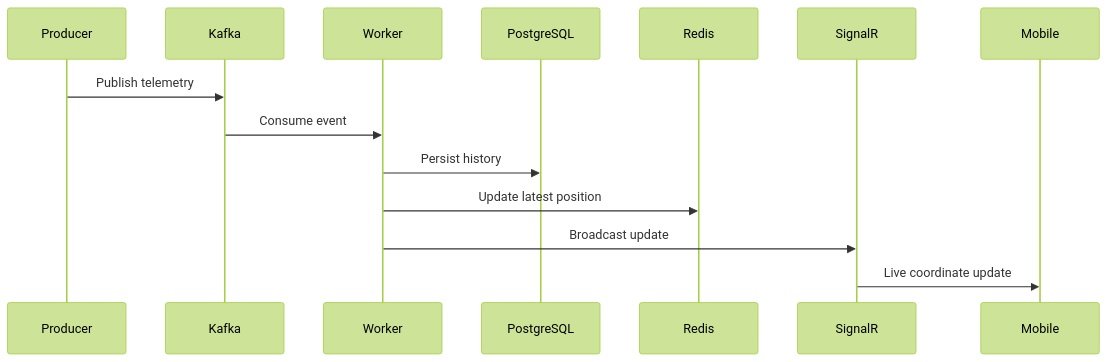
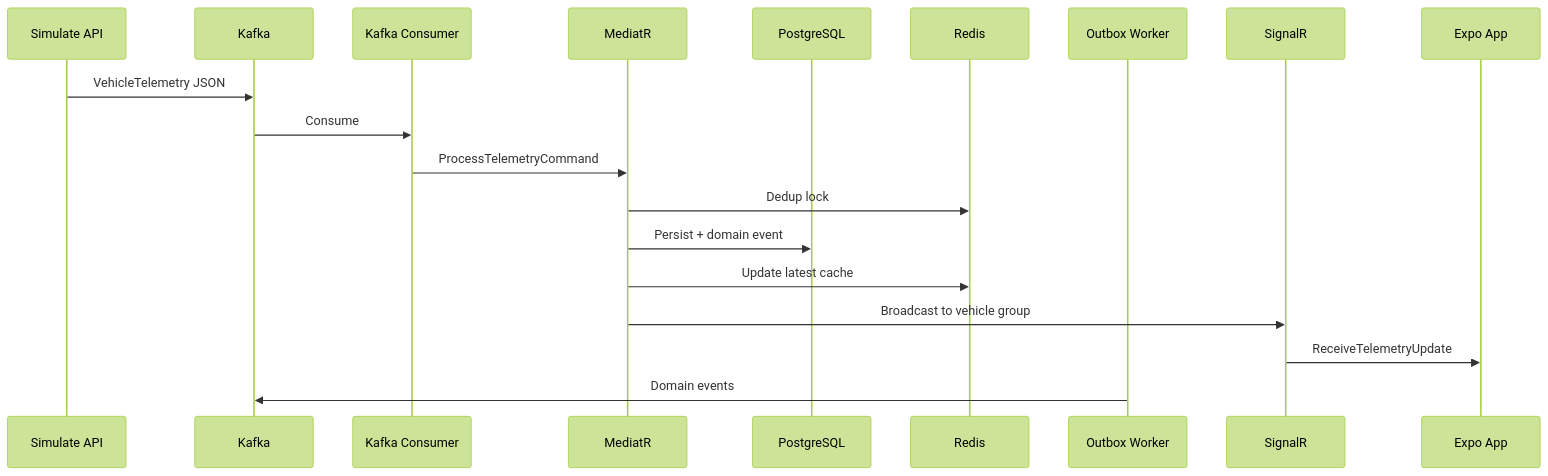
Before and after one commit to BogdanVladevski/OmniOps: the second of 2 diagrams in README.md, drawn with Mermaid (forest theme). The commit also changed other lines of this file and 90 other files, not shown here.

First line of the commit message:
Production hardening: Clean Architecture, tests, JWT, resilience, and docs (#1)

````diff
--- a/README.md
+++ b/README.md
@@ -47,17 +38,22 @@
 ```mermaid
 sequenceDiagram
-participant Producer
-participant Kafka
-participant Worker
-participant PostgreSQL
-participant Redis
-participant SignalR
-participant Mobile
+    participant API as Simulate API
+    participant Kafka as Kafka
+    participant Worker as Kafka Consumer
+    participant App as MediatR
+    participant DB as PostgreSQL
+    participant Redis as Redis
+    participant Outbox as Outbox Worker
+    participant Hub as SignalR
+    participant Mobile as Expo App
 
-Producer->>Kafka: Publish telemetry
-Kafka->>Worker: Consume event
-Worker->>PostgreSQL: Persist history
-Worker->>Redis: Update latest position
-Worker->>SignalR: Broadcast update
-SignalR->>Mobile: Live coordinate update
+    API->>Kafka: VehicleTelemetry JSON
+    Kafka->>Worker: Consume
+    Worker->>App: ProcessTelemetryCommand
+    App->>Redis: Dedup lock
+    App->>DB: Persist + domain event
+    App->>Redis: Update latest cache
+    App->>Hub: Broadcast to vehicle group
+    Hub->>Mobile: ReceiveTelemetryUpdate
+    Outbox->>Kafka: Domain events
 ```
````
